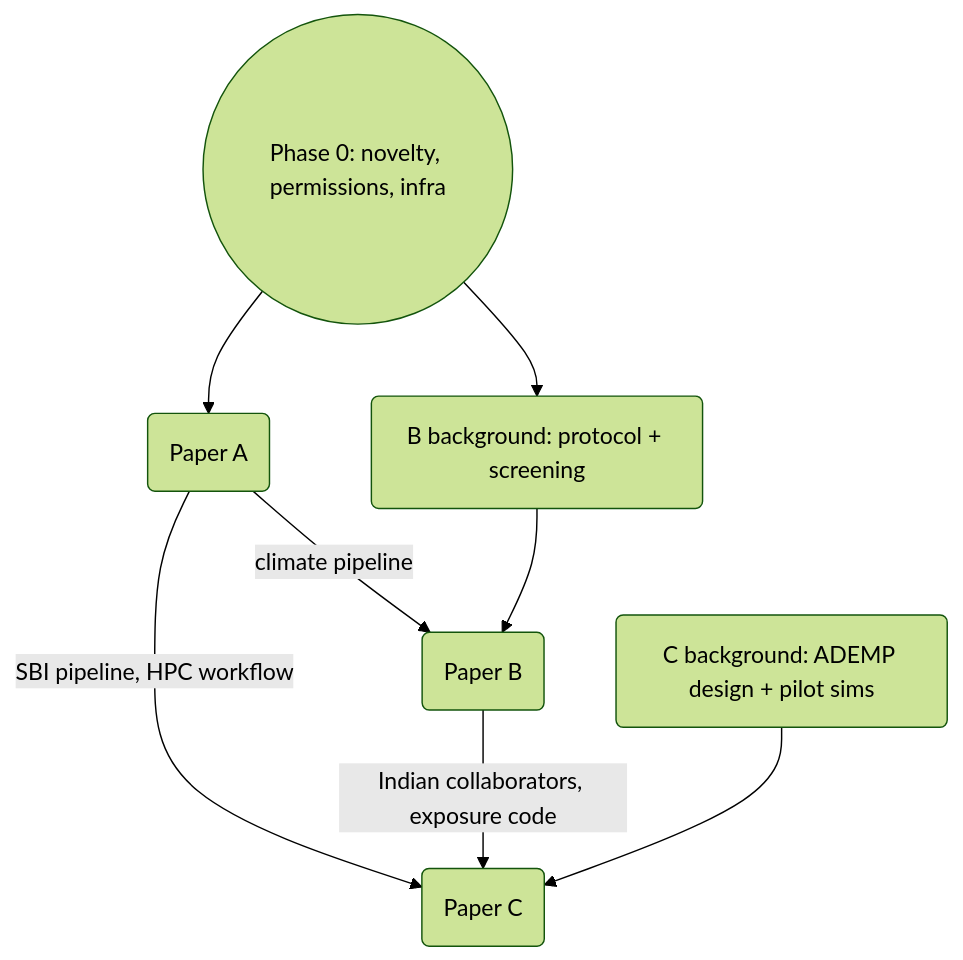
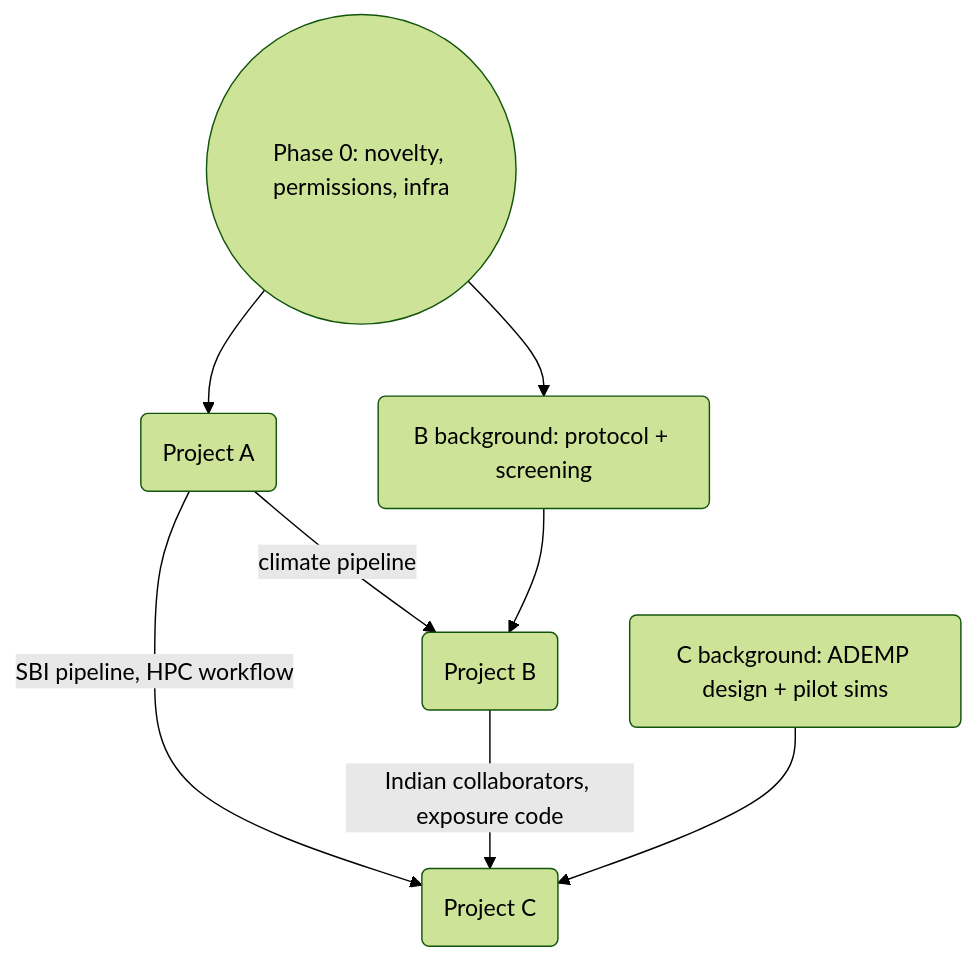
The diagram in ROADMAP.md (nishs1729/eco-evo-sims), drawn with Mermaid (forest theme) before and after one commit. The commit also changed other lines of this file and 20 other files, not shown here.

````diff
--- a/ROADMAP.md
+++ b/ROADMAP.md
@@ -30,10 +30,10 @@
 ```mermaid
 graph TD
-  P0((Phase 0: novelty, permissions, infra)) --> A(Paper A)
+  P0((Phase 0: novelty, permissions, infra)) --> A(Project A)
   P0 --> Bbg(B background: protocol + screening)
-  A -->|SBI pipeline, HPC workflow| C(Paper C)
-  A -->|climate pipeline| B(Paper B)
+  A -->|SBI pipeline, HPC workflow| C(Project C)
+  A -->|climate pipeline| B(Project B)
   Bbg --> B
   B -->|Indian collaborators, exposure code| C
   Cbg(C background: ADEMP design + pilot sims) --> C
 ```
````
